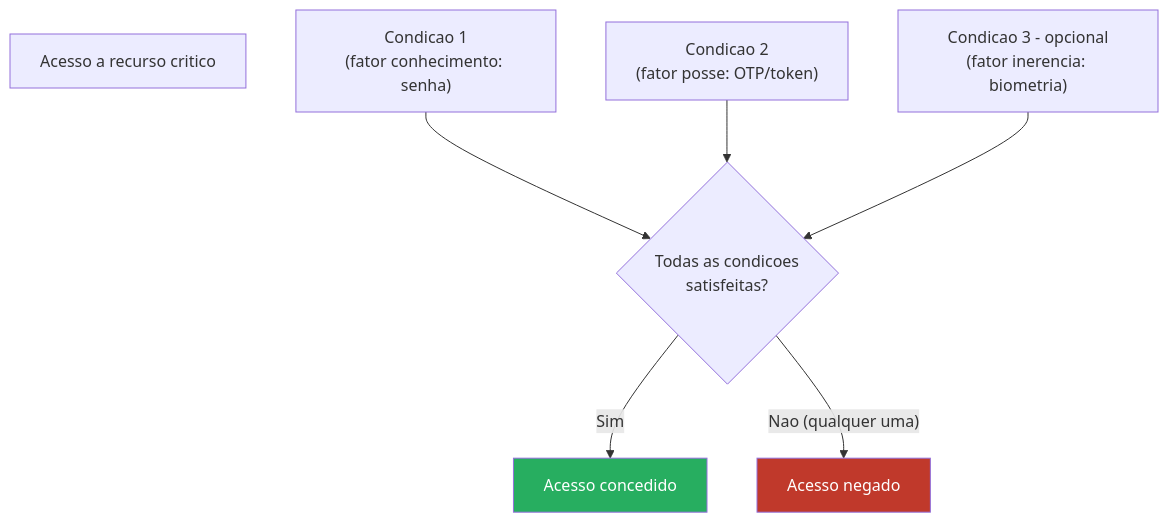
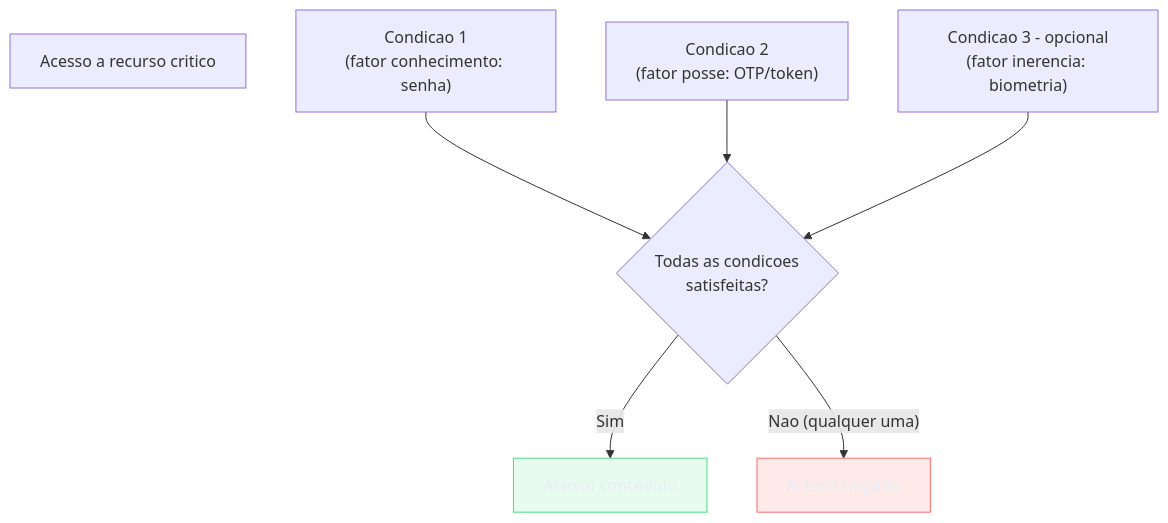
The fourth of 7 diagrams in 03-Dominios/Engenharia/Segurança/04 - Princípios de design seguro.md (josenaldo/codex-technomanticus), drawn with Mermaid before and after one commit. The commit also changed other lines of this file and 1181 other files, not shown here.

First line of the commit message:
fix(diagramas): paleta do sistema no lugar de cor cravada no markdown

````diff
--- a/03-Dominios/Engenharia/Segurança/04 - Princípios de design seguro.md
+++ b/03-Dominios/Engenharia/Segurança/04 - Princípios de design seguro.md
@@ -187,18 +191,20 @@
 ```mermaid
 graph TD
+    classDef ok fill:#4ADE8021,stroke:#4ADE80,color:#E9ECF2
+    classDef falha fill:#FF6B6B24,stroke:#FF6B6B,color:#E9ECF2
     ACCESS["Acesso a recurso critico"]
 
     C1["Condicao 1\n(fator conhecimento: senha)"]
     C2["Condicao 2\n(fator posse: OTP/token)"]
     C3["Condicao 3 - opcional\n(fator inerencia: biometria)"]
 
     C1 --> AND{"Todas as condicoes\nsatisfeitas?"}
     C2 --> AND
     C3 --> AND
 
     AND -->|"Sim"| GRANT["Acesso concedido"]
     AND -->|"Nao (qualquer uma)"| DENY["Acesso negado"]
 
-    style GRANT fill:#27ae60,color:#fff
-    style DENY fill:#c0392b,color:#fff
+    class GRANT ok
+    class DENY falha
 ```
````
